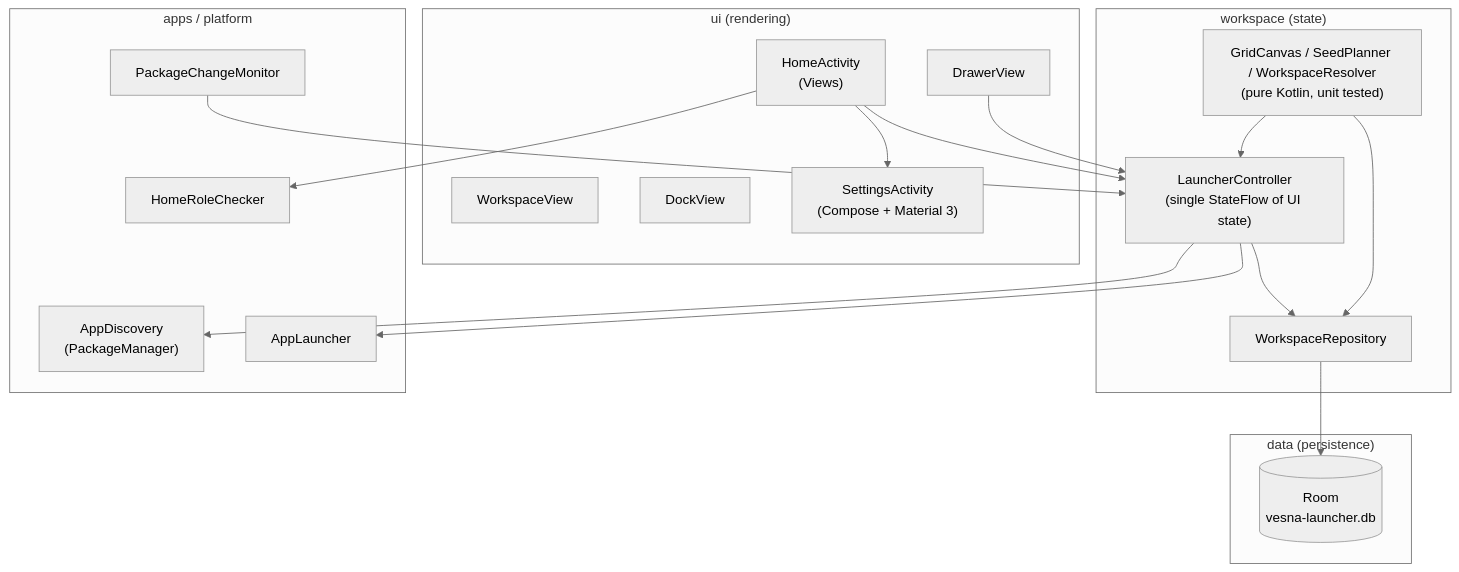
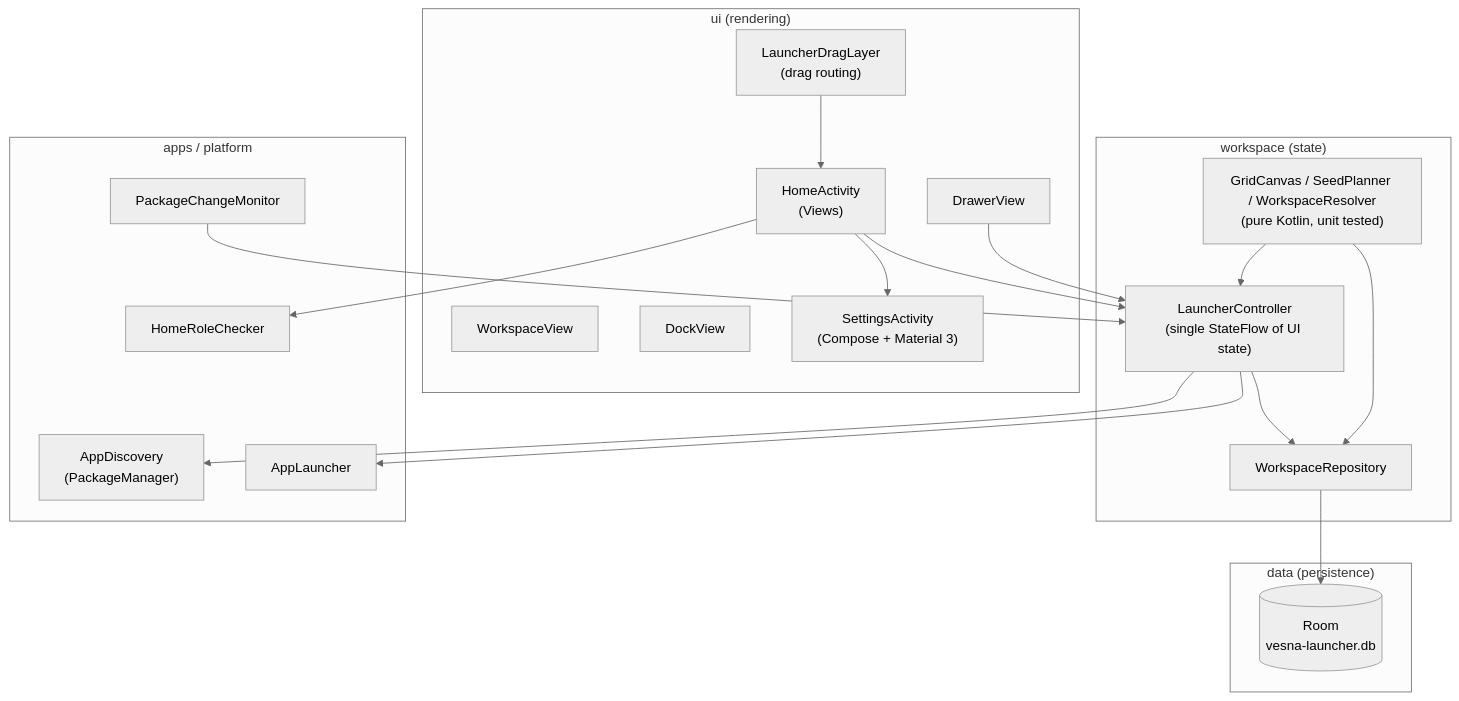
The diagram in docs/architecture/OVERVIEW.md (vladon/vesnalauncher), drawn with Mermaid (neutral theme) before and after one commit. The commit also changed other lines of this file, not shown here.

First line of the commit message:
docs(architecture): document the seven previously undocumented components

````diff
--- a/docs/architecture/OVERVIEW.md
+++ b/docs/architecture/OVERVIEW.md
@@ -8,39 +8,41 @@
 ```mermaid
 flowchart TB
     subgraph UI["ui (rendering)"]
         HA["HomeActivity<br/>(Views)"]
         WS["WorkspaceView"]
         DK["DockView"]
         DR["DrawerView"]
+        LD["LauncherDragLayer<br/>(drag routing)"]
         SA["SettingsActivity<br/>(Compose + Material 3)"]
     end
 
     subgraph STATE["workspace (state)"]
         LC["LauncherController<br/>(single StateFlow of UI state)"]
         WR["WorkspaceRepository"]
         GC["GridCanvas / SeedPlanner / WorkspaceResolver<br/>(pure Kotlin, unit tested)"]
     end
 
     subgraph APPS["apps / platform"]
         AD["AppDiscovery<br/>(PackageManager)"]
         AL["AppLauncher"]
         PCM["PackageChangeMonitor"]
         HR["HomeRoleChecker"]
     end
 
     subgraph DATA["data (persistence)"]
         DB[("Room<br/>vesna-launcher.db")]
     end
 
     HA --> LC
     DR --> LC
+    LD --> HA
     LC --> AD
     LC --> AL
     PCM --> LC
     LC --> WR
     WR --> DB
     GC --> LC
     GC --> WR
     HA --> HR
     HA --> SA
 ```
````
